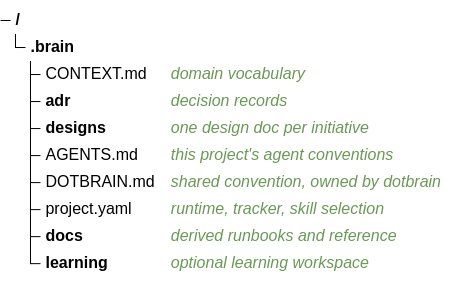
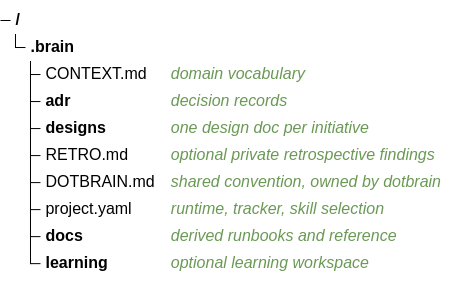
The second of 3 diagrams in docs/architecture.md (arminzou/dotbrain), drawn with Mermaid before and after one commit. The commit also changed other lines of this file and 32 other files, not shown here.

````diff
--- a/docs/architecture.md
+++ b/docs/architecture.md
@@ -64,13 +64,13 @@
 ```mermaid
 treeView-beta
   accTitle: The files and folders of a Brain
   .brain/
     CONTEXT.md ## domain vocabulary
     adr/ ## decision records
     designs/ ## one design doc per initiative
-    AGENTS.md ## this project's agent conventions
+    RETRO.md ## optional private retrospective findings
     DOTBRAIN.md ## shared convention, owned by dotbrain
     project.yaml ## runtime, tracker, skill selection
     docs/ ## derived runbooks and reference
     learning/ ## optional learning workspace
 ```
````
